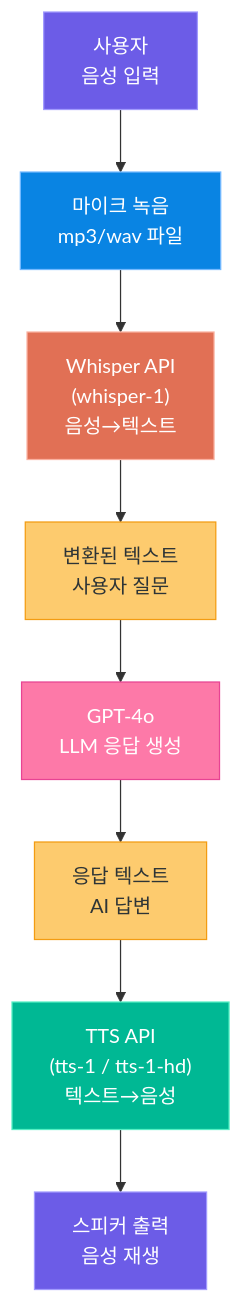
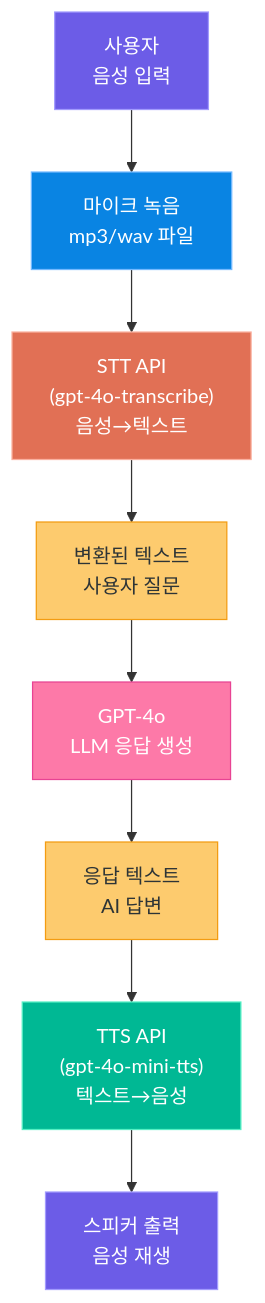
The third of 4 diagrams in 0.docs/05_genai_advanced/08_multimodal_ai.md (lovehyun/tutorial-genai), drawn with Mermaid before and after one commit. The commit also changed other lines of this file and 20 other files, not shown here.

````diff
--- a/0.docs/05_genai_advanced/08_multimodal_ai.md
+++ b/0.docs/05_genai_advanced/08_multimodal_ai.md
@@ -486,28 +489,28 @@
 ```mermaid
 flowchart TB
     USER["사용자\n음성 입력"]
     MIC["마이크 녹음\nmp3/wav 파일"]
-    STT["Whisper API\n(whisper-1)\n음성→텍스트"]
+    STT["STT API\n(gpt-4o-transcribe)\n음성→텍스트"]
     TEXT_IN["변환된 텍스트\n사용자 질문"]
     LLM["GPT-4o\nLLM 응답 생성"]
     TEXT_OUT["응답 텍스트\nAI 답변"]
-    TTS["TTS API\n(tts-1 / tts-1-hd)\n텍스트→음성"]
+    TTS["TTS API\n(gpt-4o-mini-tts)\n텍스트→음성"]
     SPEAKER["스피커 출력\n음성 재생"]
 
     USER --> MIC
     MIC --> STT
     STT --> TEXT_IN
     TEXT_IN --> LLM
     LLM --> TEXT_OUT
     TEXT_OUT --> TTS
     TTS --> SPEAKER
 
     style USER fill:#6c5ce7,stroke:#a29bfe,color:#fff
     style MIC fill:#0984e3,stroke:#74b9ff,color:#fff
     style STT fill:#e17055,stroke:#fab1a0,color:#fff
     style TEXT_IN fill:#fdcb6e,stroke:#f39c12,color:#2d3436
     style LLM fill:#fd79a8,stroke:#e84393,color:#fff
     style TEXT_OUT fill:#fdcb6e,stroke:#f39c12,color:#2d3436
     style TTS fill:#00b894,stroke:#55efc4,color:#fff
     style SPEAKER fill:#6c5ce7,stroke:#a29bfe,color:#fff
 ```
````
